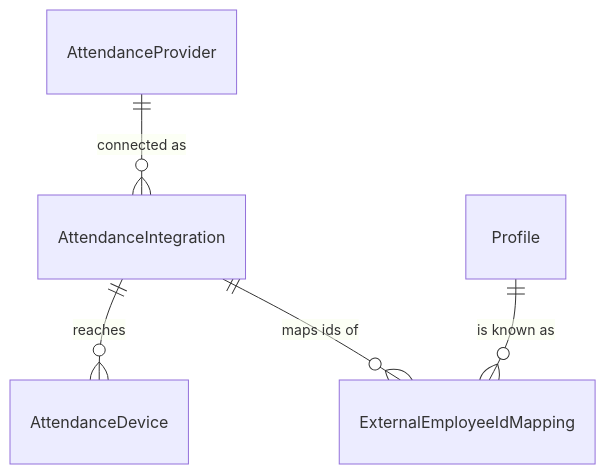
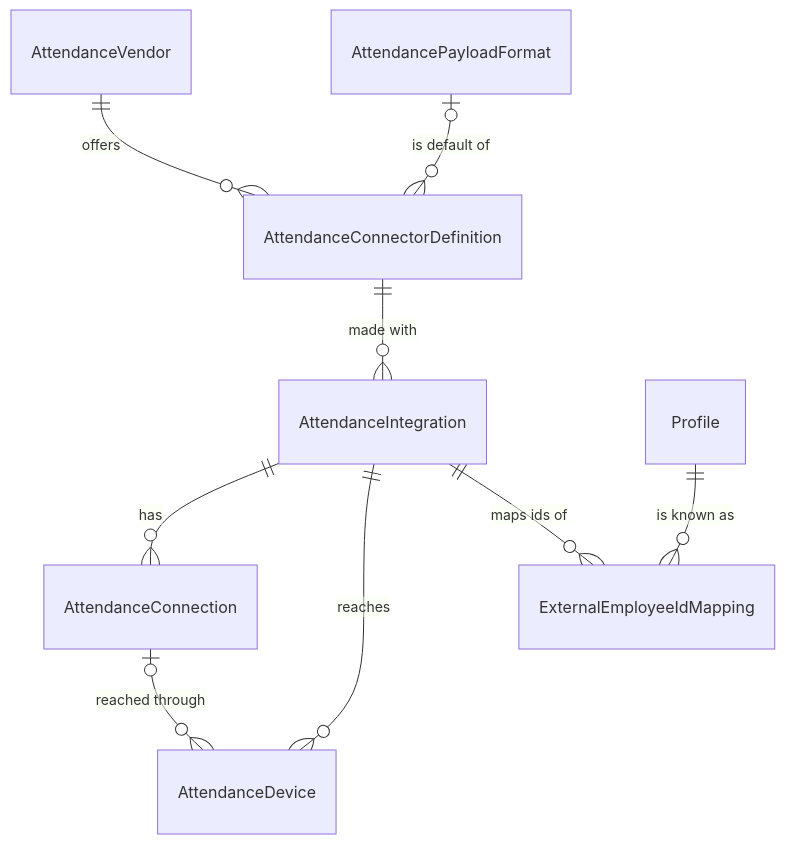
Before and after one commit to marounbm/robeem.attendance: the second of 7 diagrams in DATABASE.md, drawn with Mermaid. The commit also changed other lines of this file and 307 other files, not shown here.

First line of the commit message:
Restructure integrations: vendor, connector, payload format and connections

````diff
--- a/DATABASE.md
+++ b/DATABASE.md
@@ -251,7 +251,11 @@
 ```mermaid
 erDiagram
-    AttendanceProvider ||--o{ AttendanceIntegration : "connected as"
+    AttendanceVendor ||--o{ AttendanceConnectorDefinition : "offers"
+    AttendanceConnectorDefinition ||--o{ AttendanceIntegration : "made with"
+    AttendancePayloadFormat |o--o{ AttendanceConnectorDefinition : "is default of"
+    AttendanceIntegration ||--o{ AttendanceConnection : "has"
+    AttendanceConnection |o--o{ AttendanceDevice : "reached through"
     AttendanceIntegration ||--o{ AttendanceDevice : "reaches"
     AttendanceIntegration ||--o{ ExternalEmployeeIdMapping : "maps ids of"
     Profile ||--o{ ExternalEmployeeIdMapping : "is known as"
 ```
````
